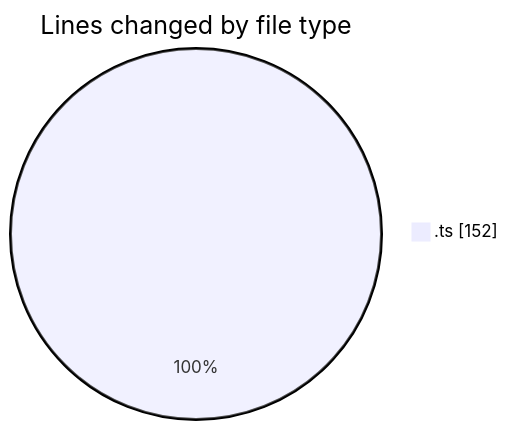
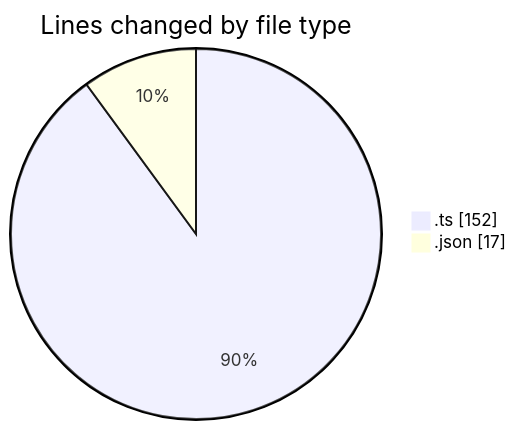
Before and after one commit to igalym/code-tracking: the first of 2 diagrams in 2026-03-30/cinema/README.md, drawn with Mermaid. The commit also changed other lines of this file and 1 other file, not shown here.

````diff
--- a/2026-03-30/cinema/README.md
+++ b/2026-03-30/cinema/README.md
@@ -25,5 +26,6 @@
 ```mermaid
 pie showData
 title Lines changed by file type
 ".ts" : 152
+".json" : 17
 ```
````
